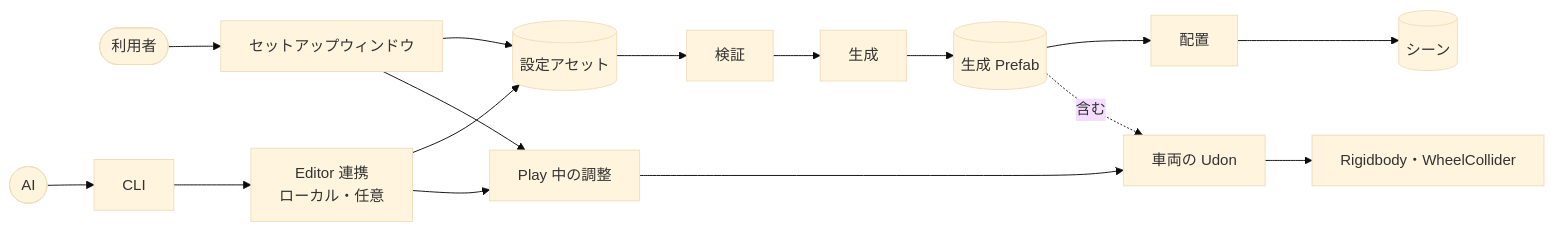
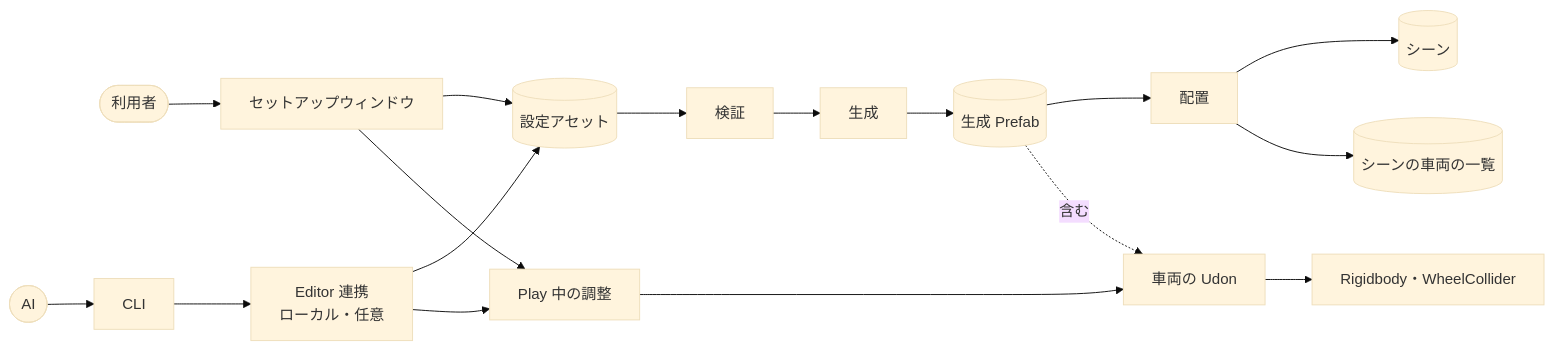
The first of 6 diagrams in Docs/03_Architecture/architecture.md (yakimannzyuu/YakimaTank), drawn with Mermaid (base theme) before and after one commit. The commit also changed other lines of this file and 9 other files, not shown here.

````diff
--- a/Docs/03_Architecture/architecture.md
+++ b/Docs/03_Architecture/architecture.md
@@ -9,17 +9,18 @@
 ```mermaid
 flowchart LR
   user([利用者]) --> window[セットアップウィンドウ]
   ai([AI]) --> cli[CLI] --> bridge[Editor 連携<br/>ローカル・任意]
   window --> settings[(設定アセット)]
   bridge --> settings
   settings --> validator[検証]
   validator --> service[生成]
   service --> prefab[(生成 Prefab)]
   prefab --> placement[配置]
   placement --> scene[(シーン)]
+  placement --> registry[(シーンの車両の一覧)]
   window --> tuning[Play 中の調整]
   bridge --> tuning
   tuning --> vehicle[車両の Udon]
   prefab -.含む.-> vehicle
   vehicle --> physics[Rigidbody・WheelCollider]
 ```
````
